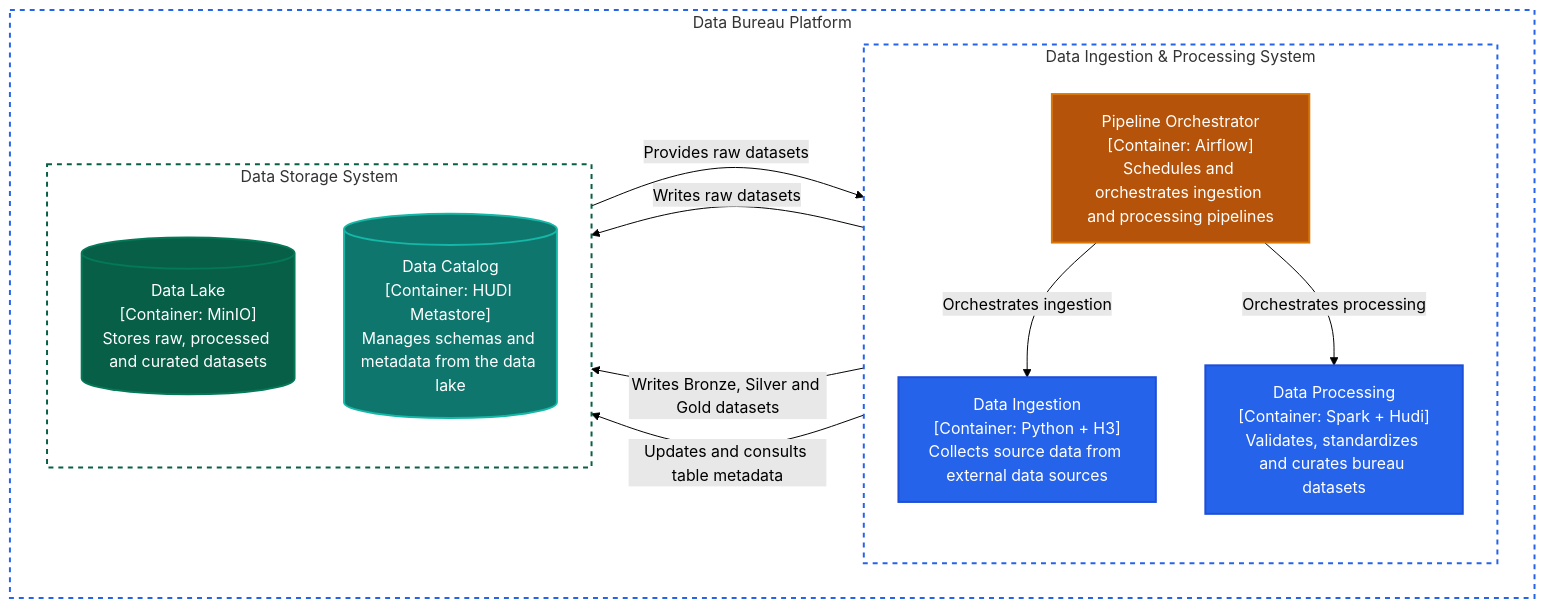
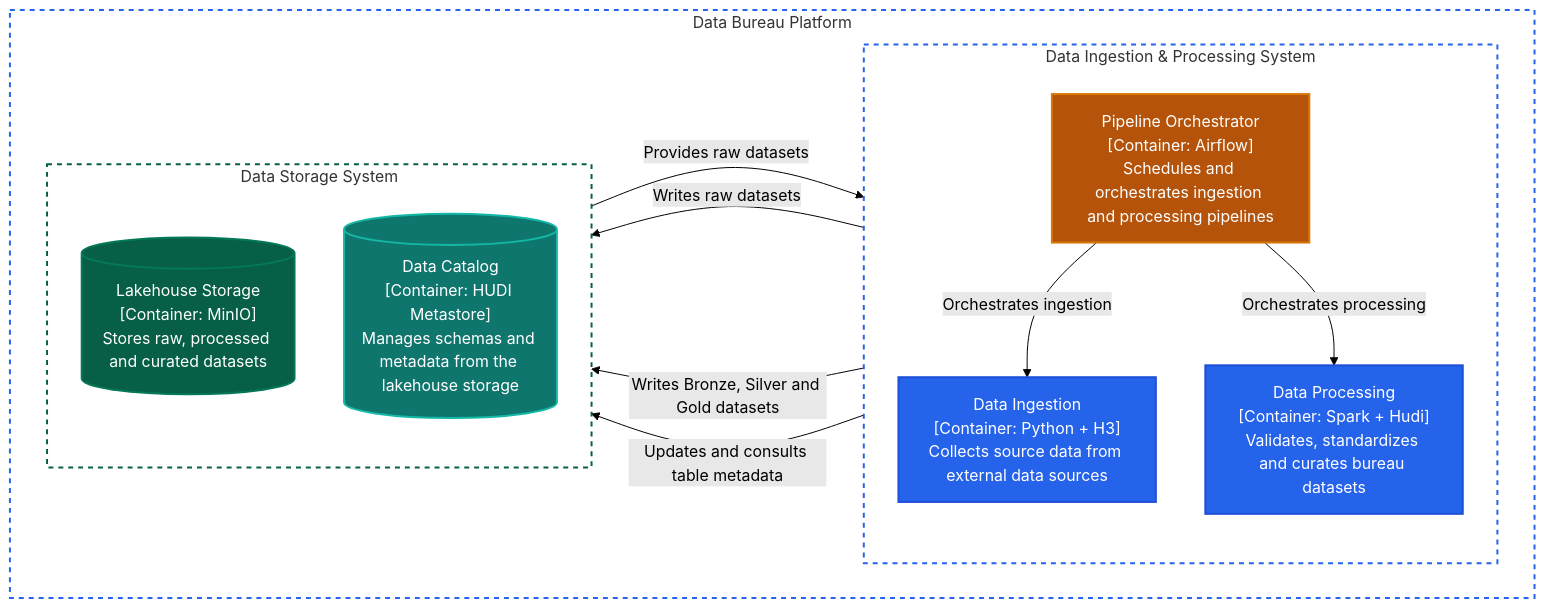
One commit to mentoria-edu/data_vet changed the diagram in docs/c4/level_2_container/level_2_container.md. Above: the diagram before and after it, drawn with Mermaid (forest theme). The commit also changed 5 other files, not shown here.

```diff
--- a/docs/c4/level_2_container/level_2_container.md
+++ b/docs/c4/level_2_container/level_2_container.md
@@ -49,13 +49,13 @@
             %% STORAGE
             %% =============================================
 
-            STORAGE[("Data Lake<br/>[Container: MinIO]<br/>Stores raw, processed and curated datasets")]
+            STORAGE[("Lakehouse Storage<br/>[Container: MinIO]<br/>Stores raw, processed and curated datasets")]
 
             %% =============================================
             %% METADATA
             %% =============================================
 
-            CATALOG[("Data Catalog<br/>[Container: HUDI Metastore]<br/>Manages schemas and metadata from the data lake")]
+            CATALOG[("Data Catalog<br/>[Container: HUDI Metastore]<br/>Manages schemas and metadata from the lakehouse storage")]
 
         end
 
```
